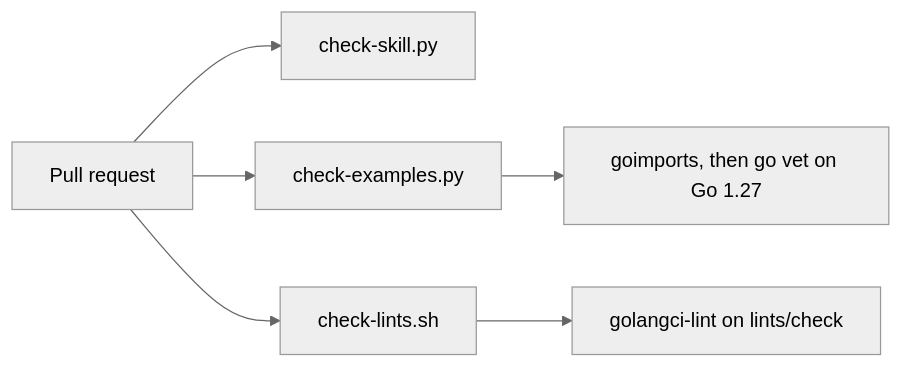
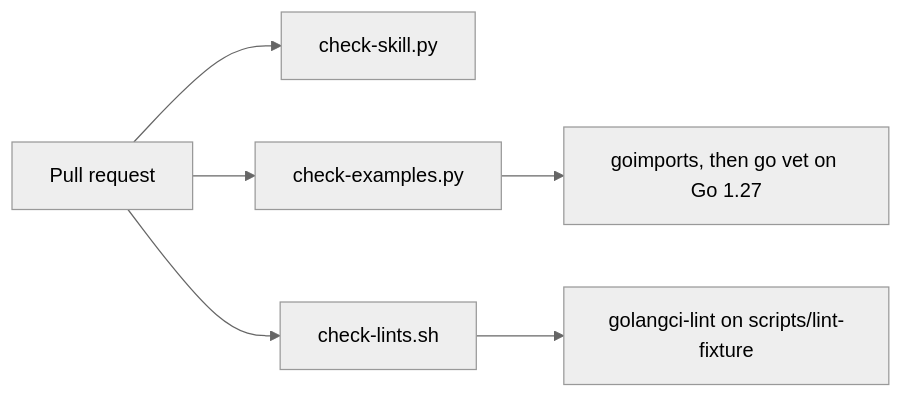
One commit to bjoernaagaard/BeautifulGo changed the second of 2 diagrams in README.md. Above: the diagram before and after it, drawn with Mermaid (neutral theme). The commit also changed other lines of this file and 19 other files, not shown here.

````diff
--- a/README.md
+++ b/README.md
@@ -194,8 +195,8 @@
 ```mermaid
 flowchart LR
     pr[Pull request] --> skill[check-skill.py]
     pr --> examples[check-examples.py]
     pr --> lint[check-lints.sh]
     examples --> vet[goimports, then go vet on Go 1.27]
-    lint --> fixture[golangci-lint on lints/check]
+    lint --> fixture[golangci-lint on scripts/lint-fixture]
 ```
````
